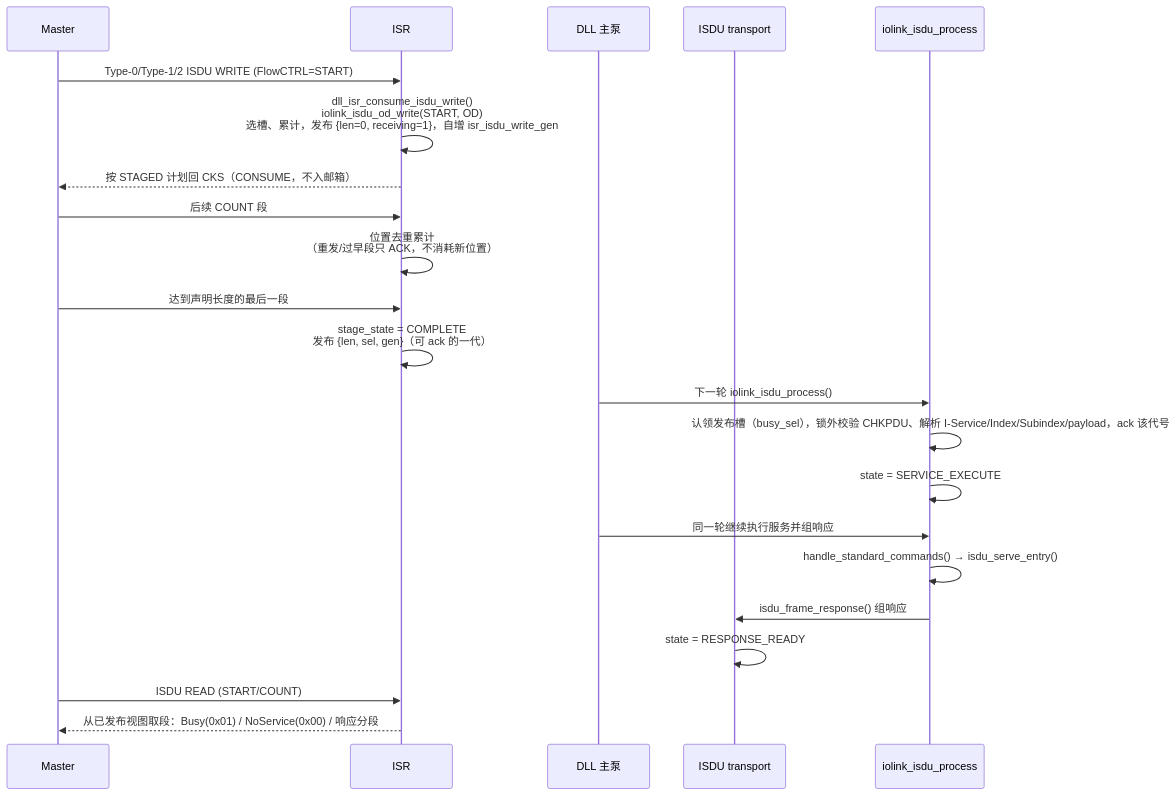
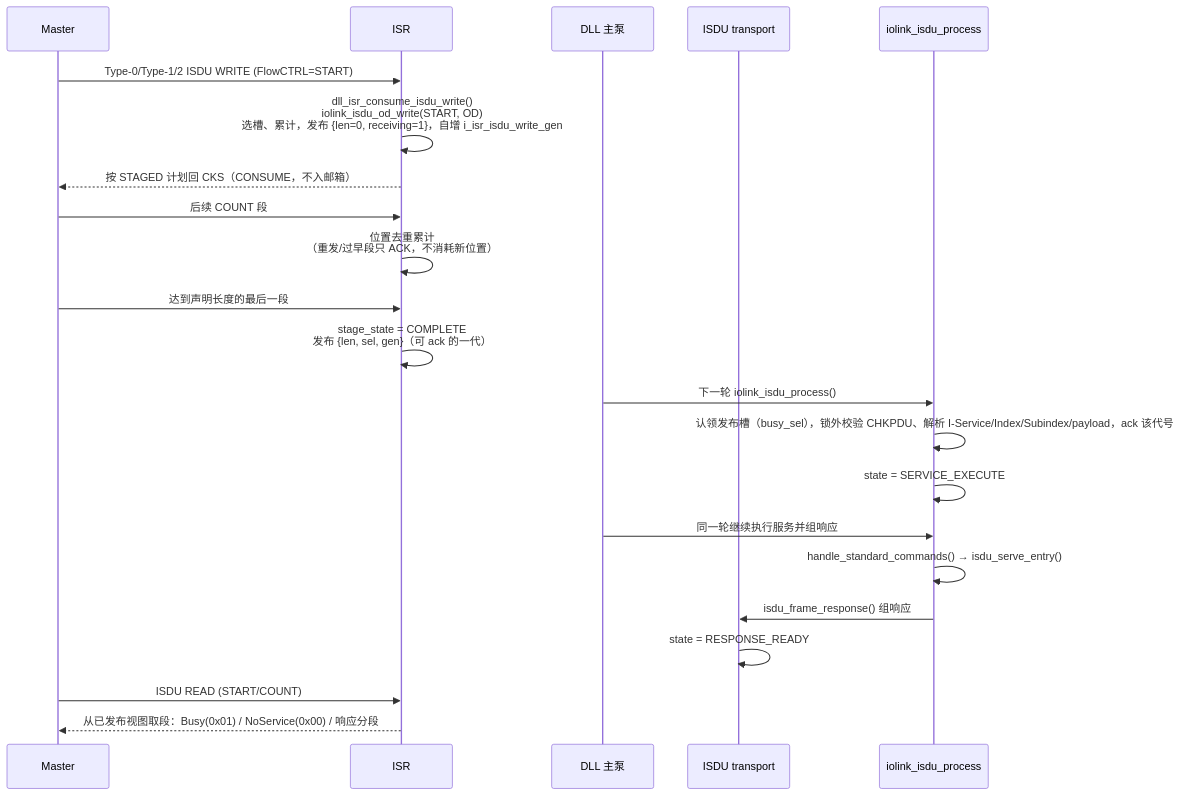
Before and after one commit to Adlyq/iolinki: the tenth of 17 diagrams in docs/CODE_FLOW.md, drawn with Mermaid. The commit also changed other lines of this file and 32 other files, not shown here.

````diff
--- a/docs/CODE_FLOW.md
+++ b/docs/CODE_FLOW.md
@@ -617,25 +617,25 @@
 ```mermaid
 sequenceDiagram
     participant M as Master
     participant I as ISR
     participant D as DLL 主泵
     participant T as ISDU transport
     participant S as iolink_isdu_process
 
     M->>I: Type-0/Type-1/2 ISDU WRITE (FlowCTRL=START)
-    I->>I: dll_isr_consume_isdu_write()<br/>iolink_isdu_od_write(START, OD)<br/>选槽、累计，发布 {len=0, receiving=1}，自增 isr_isdu_write_gen
+    I->>I: dll_isr_consume_isdu_write()<br/>iolink_isdu_od_write(START, OD)<br/>选槽、累计，发布 {len=0, receiving=1}，自增 i_isr_isdu_write_gen
     I-->>M: 按 STAGED 计划回 CKS（CONSUME，不入邮箱）
     M->>I: 后续 COUNT 段
     I->>I: 位置去重累计<br/>（重发/过早段只 ACK，不消耗新位置）
     M->>I: 达到声明长度的最后一段
     I->>I: stage_state = COMPLETE<br/>发布 {len, sel, gen}（可 ack 的一代）
     D->>S: 下一轮 iolink_isdu_process()
     S->>S: 认领发布槽（busy_sel），锁外校验 CHKPDU、解析 I-Service/Index/Subindex/payload，ack 该代号
     S->>S: state = SERVICE_EXECUTE
     D->>S: 同一轮继续执行服务并组响应
     S->>S: handle_standard_commands() → isdu_serve_entry()
     S->>T: isdu_frame_response() 组响应
     T->>T: state = RESPONSE_READY
     M->>I: ISDU READ (START/COUNT)
     I-->>M: 从已发布视图取段：Busy(0x01) / NoService(0x00) / 响应分段
 ```
````
